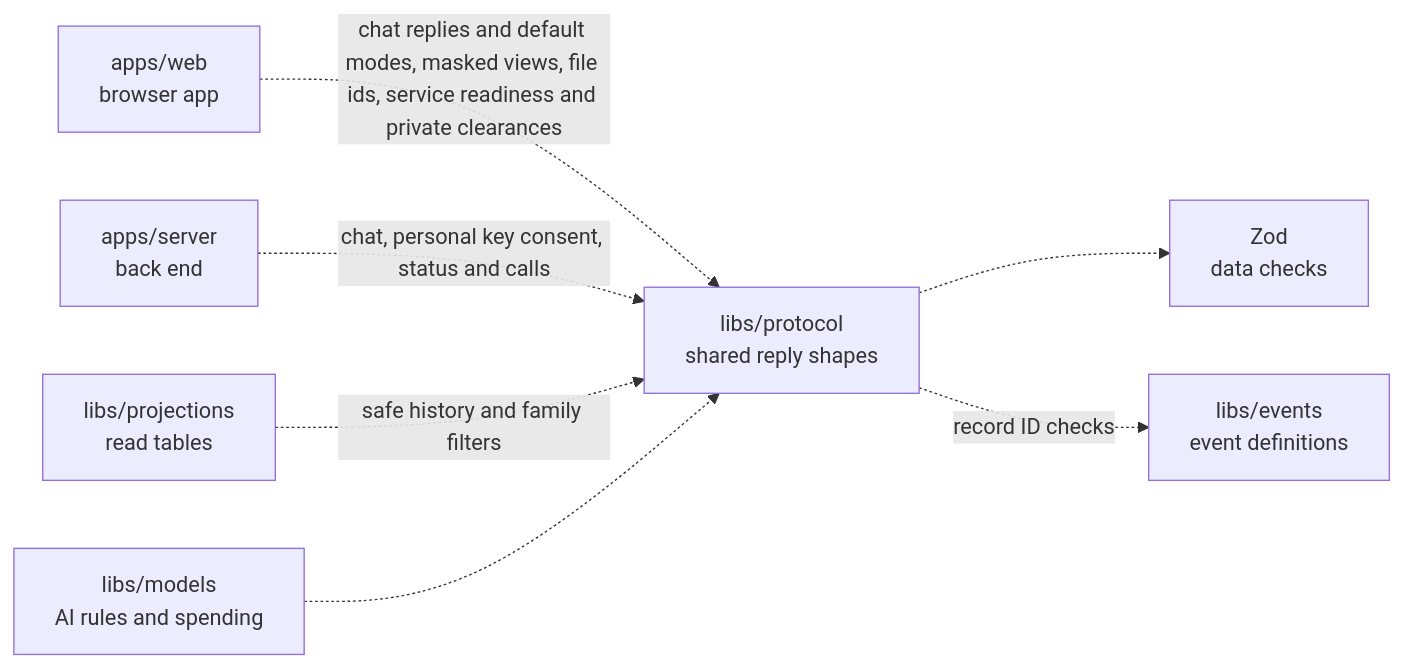
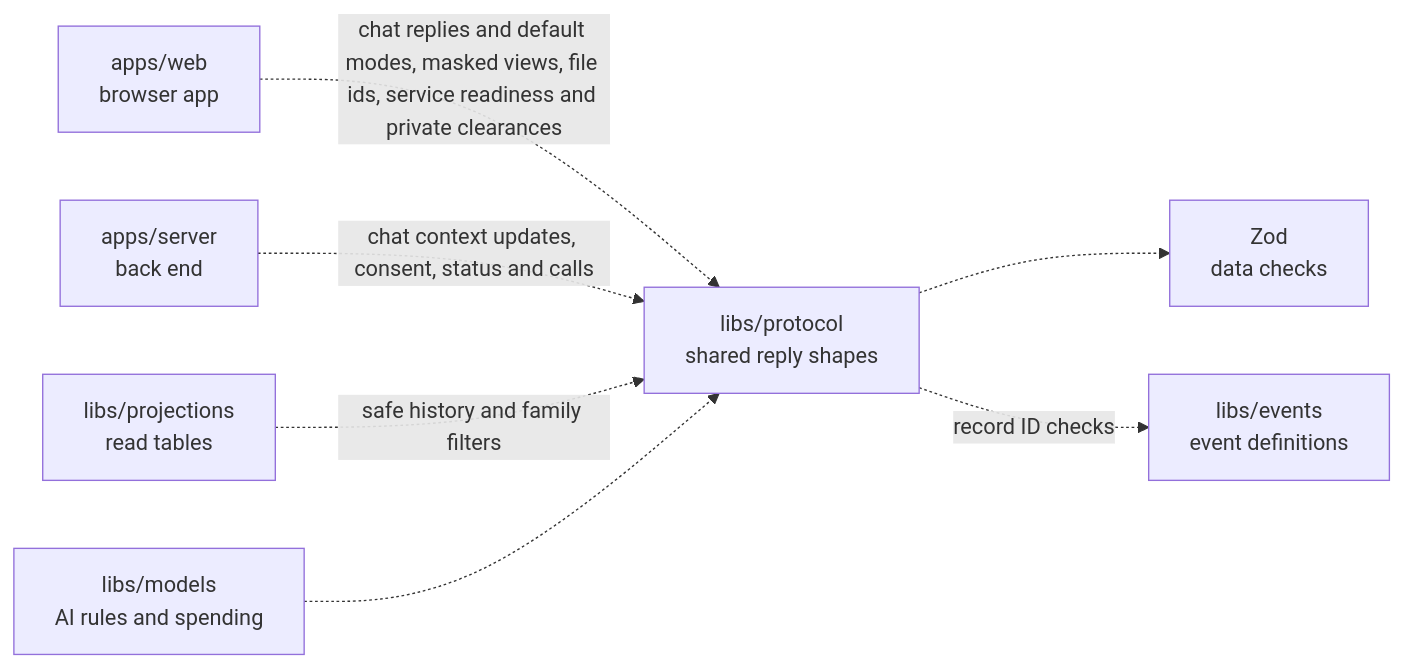
The diagram in libs/protocol/README.md (elewa-git/opencrane-new), drawn with Mermaid before and after one commit. The commit also changed other lines of this file and 390 other files, not shown here.

````diff
--- a/libs/protocol/README.md
+++ b/libs/protocol/README.md
@@ -52,9 +53,9 @@
 ```mermaid
 flowchart LR
   web["apps/web<br/>browser app"] -.->|chat replies and default modes, masked views, file ids, service readiness and private clearances| protocol["libs/protocol<br/>shared reply shapes"]
-  server["apps/server<br/>back end"] -.->|chat, personal key consent, status and calls| protocol
+  server["apps/server<br/>back end"] -.->|chat context updates, consent, status and calls| protocol
   projections["libs/projections<br/>read tables"] -.->|safe history and family filters| protocol
   models["libs/models<br/>AI rules and spending"] -.-> protocol
   protocol -.-> zod["Zod<br/>data checks"]
   protocol -.->|record ID checks| events["libs/events<br/>event definitions"]
 ```
````
